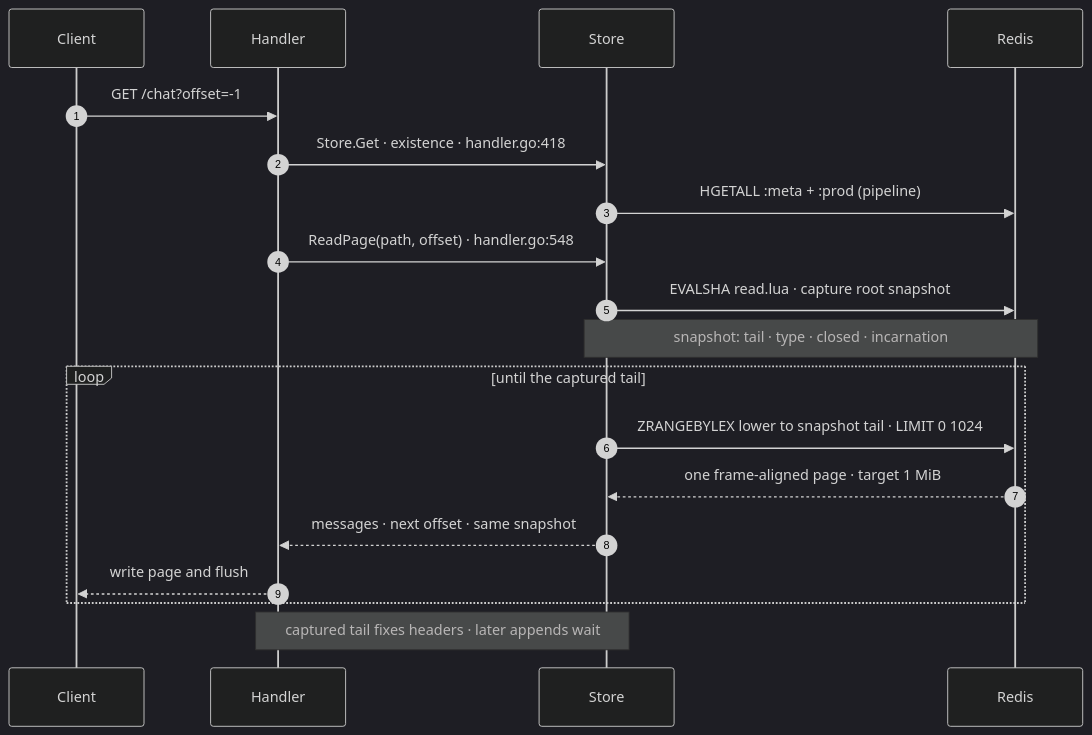
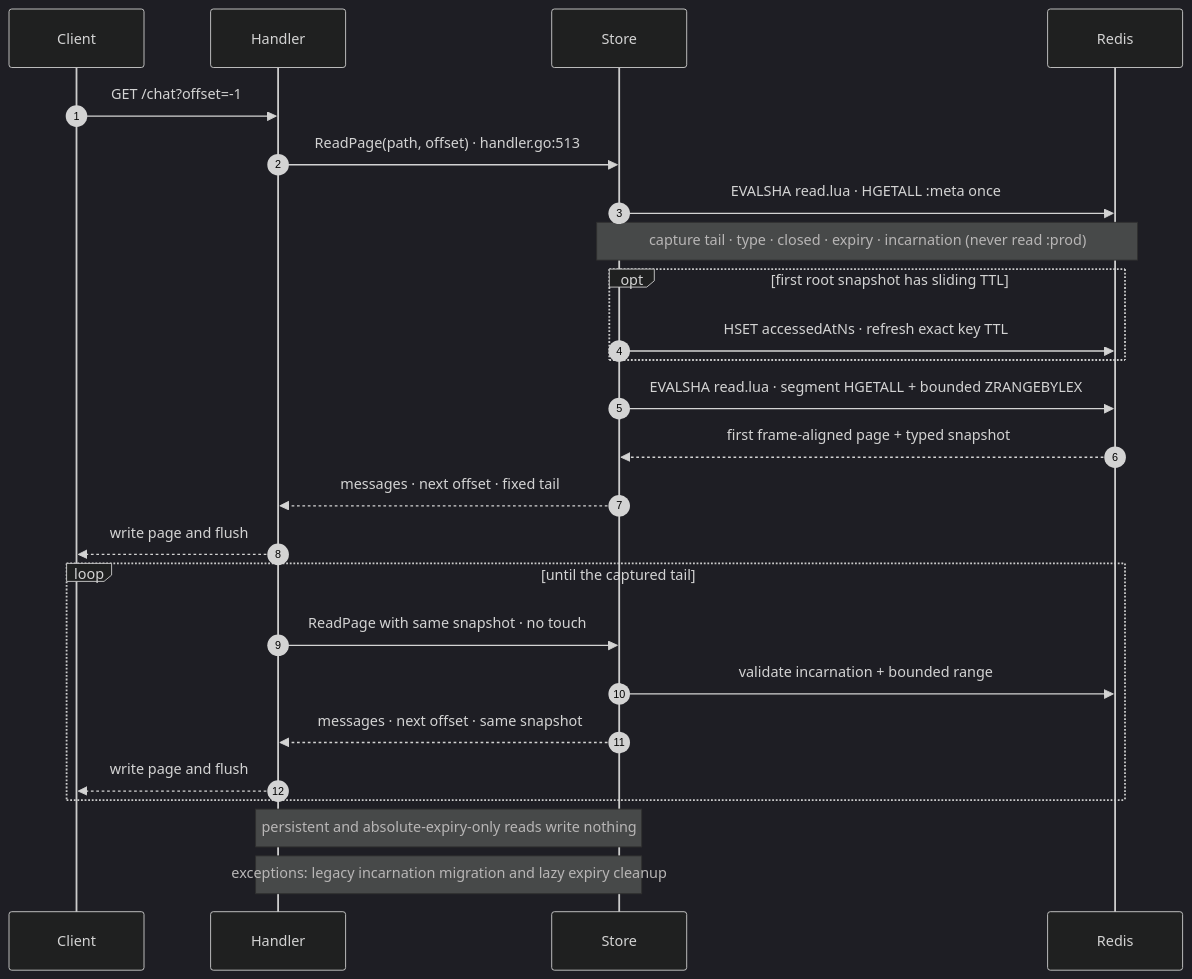
One commit to adityavkk/chronicle changed the diagram in docs-site/diagrams/seq-read.mmd. Above: the diagram before and after it, drawn with Mermaid (dark theme). The commit also changed 25 other files, not shown here.

Commit message:
docs: align endpoint flows with read fast path

```diff
--- a/docs-site/diagrams/seq-read.mmd
+++ b/docs-site/diagrams/seq-read.mmd
@@ -1,19 +1,25 @@
 sequenceDiagram
     autonumber
     participant C as Client
     participant H as Handler
     participant S as Store
     participant R as Redis
     C->>H: GET /chat?offset=-1
-    H->>S: Store.Get · existence · handler.go:418
-    S->>R: HGETALL :meta + :prod (pipeline)
-    H->>S: ReadPage(path, offset) · handler.go:548
-    S->>R: EVALSHA read.lua · capture root snapshot
-    Note over S,R: snapshot: tail · type · closed · incarnation
+    H->>S: ReadPage(path, offset) · handler.go:513
+    S->>R: EVALSHA read.lua · HGETALL :meta once
+    Note over S,R: capture tail · type · closed · expiry · incarnation (never read :prod)
+    opt first root snapshot has sliding TTL
+        S->>R: HSET accessedAtNs · refresh exact key TTL
+    end
+    S->>R: EVALSHA read.lua · segment HGETALL + bounded ZRANGEBYLEX
+    R-->>S: first frame-aligned page + typed snapshot
+    S-->>H: messages · next offset · fixed tail
+    H-->>C: write page and flush
     loop until the captured tail
-        S->>R: ZRANGEBYLEX lower to snapshot tail · LIMIT 0 1024
-        R-->>S: one frame-aligned page · target 1 MiB
+        H->>S: ReadPage with same snapshot · no touch
+        S->>R: validate incarnation + bounded range
         S-->>H: messages · next offset · same snapshot
         H-->>C: write page and flush
     end
-    Note over H,S: captured tail fixes headers · later appends wait
+    Note over H,S: persistent and absolute-expiry-only reads write nothing
+    Note over H,S: exceptions: legacy incarnation migration and lazy expiry cleanup
```
